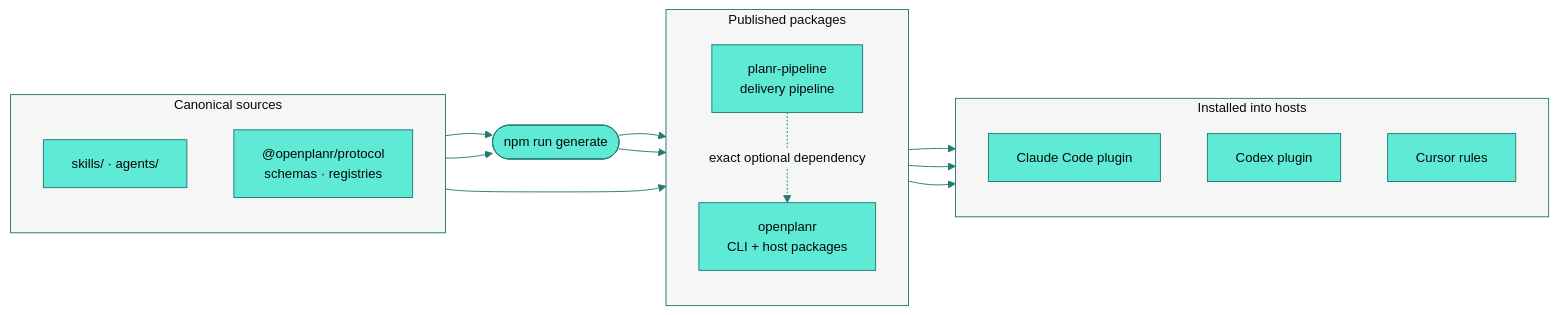
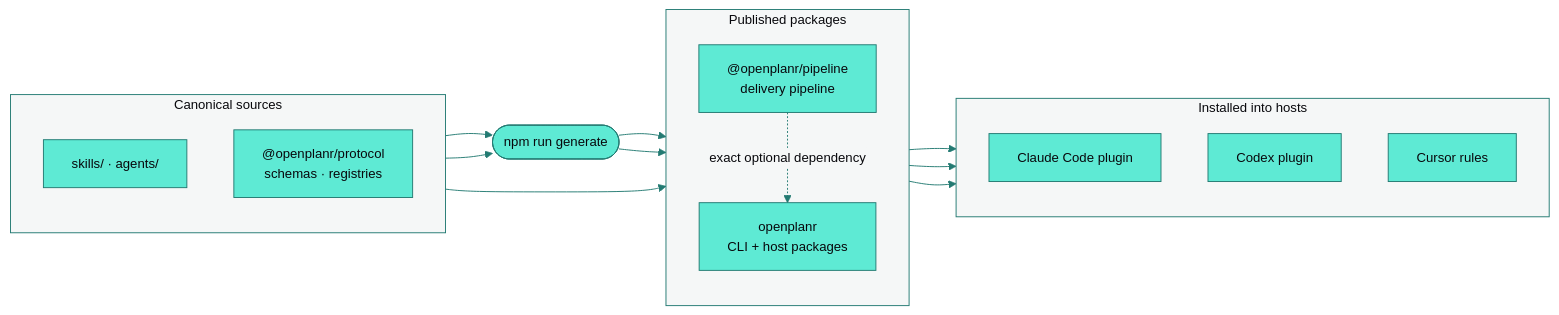
Before and after one commit to openplanr/OpenPlanr: the diagram in README.md, drawn with Mermaid. The commit also changed other lines of this file and 289 other files, not shown here.

First line of the commit message:
refactor(pipeline)!: publish the pipeline as @openplanr/pipeline

````diff
--- a/README.md
+++ b/README.md
@@ -174,30 +174,30 @@
 ```mermaid
 %%{init: {"theme":"base","themeVariables":{"fontFamily":"DM Sans, ui-sans-serif, system-ui, sans-serif","fontSize":"14px","primaryColor":"#5EEAD4","primaryTextColor":"#08080C","primaryBorderColor":"#237A72","secondaryColor":"#F5F7F7","secondaryTextColor":"#08080C","secondaryBorderColor":"#237A72","tertiaryColor":"#F5F7F7","tertiaryTextColor":"#08080C","tertiaryBorderColor":"#237A72","lineColor":"#237A72","textColor":"#08080C","edgeLabelBackground":"#F5F7F7","clusterBkg":"#F5F7F7","clusterBorder":"#237A72","noteBkgColor":"#F5F7F7","noteTextColor":"#08080C","noteBorderColor":"#237A72"}}}%%
 flowchart LR
     subgraph sources["Canonical sources"]
         direction TB
         skills["skills/ · agents/"]
         protocol["@openplanr/protocol<br/>schemas · registries"]
     end
     generate(["npm run generate"])
     subgraph packages["Published packages"]
         direction TB
         cli["openplanr<br/>CLI + host packages"]
-        pipeline["planr-pipeline<br/>delivery pipeline"]
+        pipeline["@openplanr/pipeline<br/>delivery pipeline"]
     end
     subgraph hosts["Installed into hosts"]
         direction TB
         claude["Claude Code plugin"]
         codex["Codex plugin"]
         cursor["Cursor rules"]
     end
     skills --> generate
     protocol --> generate
     generate --> cli
     generate --> pipeline
     protocol --> pipeline
     pipeline -. exact optional dependency .-> cli
     cli --> claude
     cli --> codex
     cli --> cursor
 ```
````
